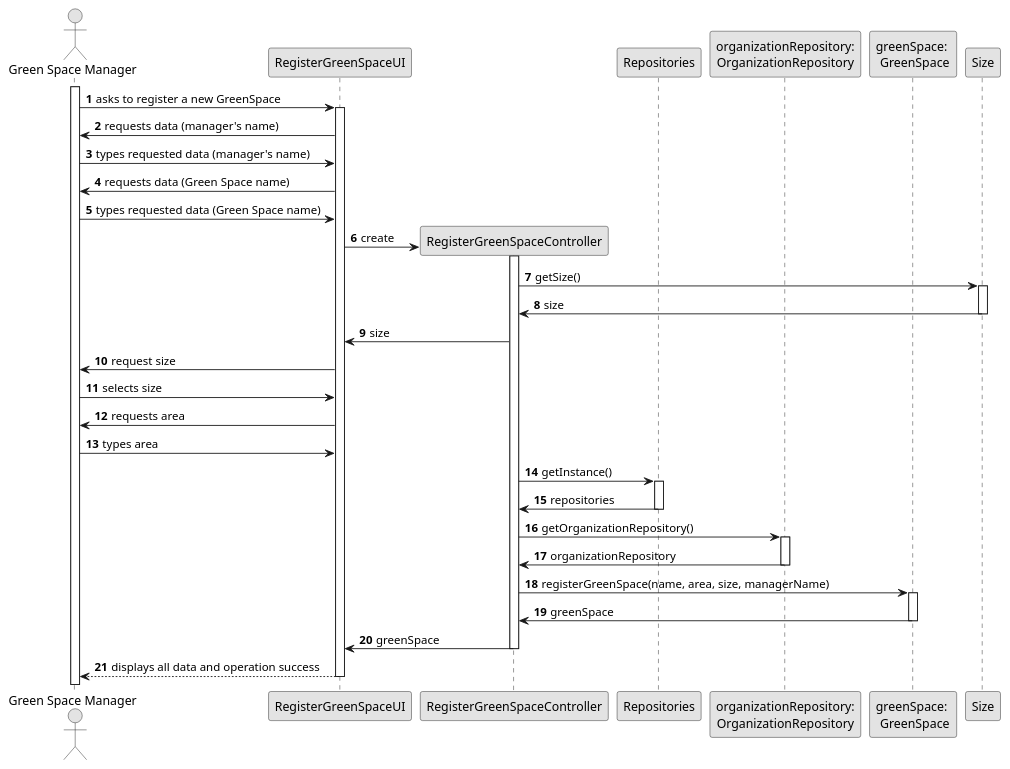
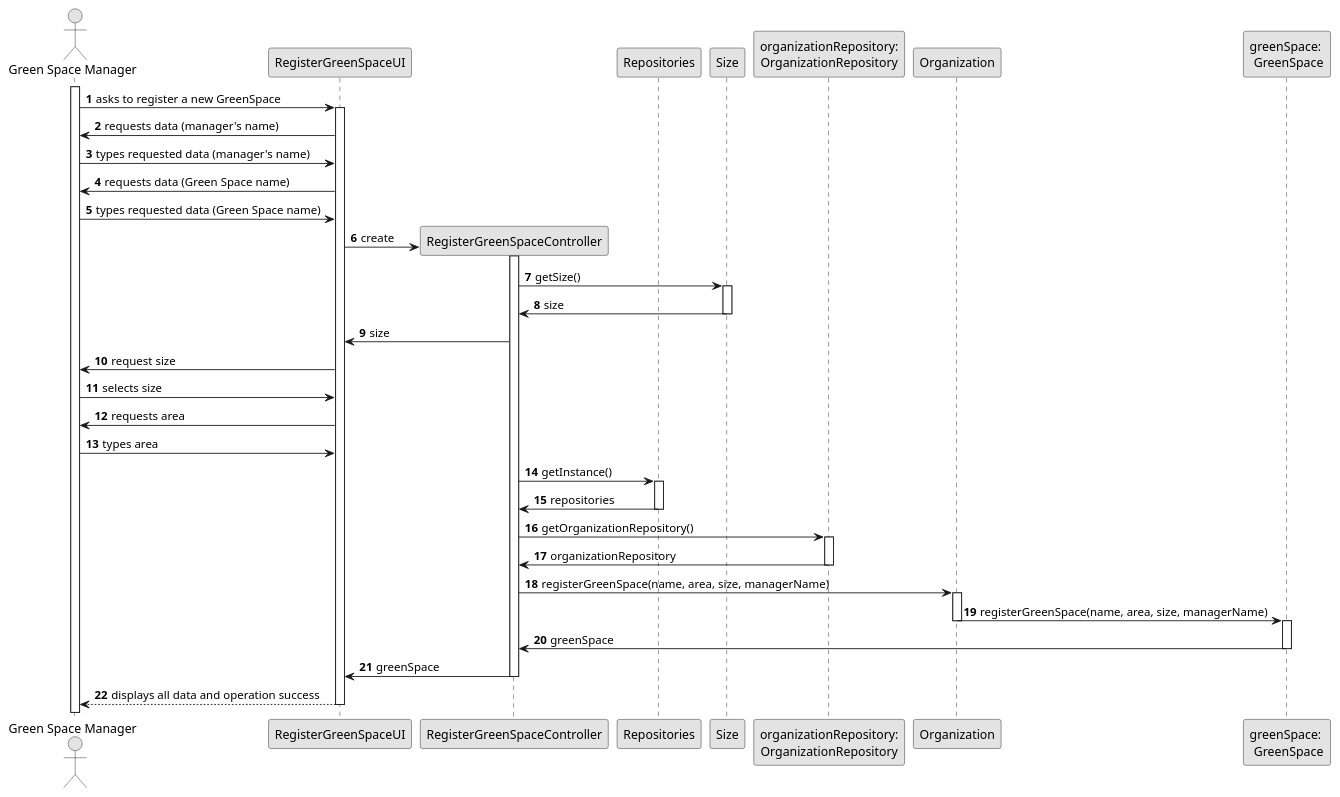
Before and after one commit to Departamento-de-Engenharia-Informatica/lei-24-s2-1df-1de-g063: the diagram in docs/SprintC/us020/03.design/puml/us020-sequence-diagram-full.puml, drawn with PlantUML. The commit also changed 40 other files, not shown here.

```diff
--- a/docs/SprintC/us020/03.design/puml/us020-sequence-diagram-full.puml
+++ b/docs/SprintC/us020/03.design/puml/us020-sequence-diagram-full.puml
@@ -1,73 +1,78 @@
 @startuml
 skinparam monochrome true
 skinparam packageStyle rectangle
 skinparam shadowing false
 
 autonumber
 
 'hide footbox
 actor "Green Space Manager" as GSM
 participant "RegisterGreenSpaceUI" as UI
 participant "RegisterGreenSpaceController" as CTRL
 participant "Repositories" as Rep
+participant "Size" as Size
 participant "organizationRepository:\nOrganizationRepository" as organizationRepository
+participant "Organization" as Organization
 participant "greenSpace: \n GreenSpace" as GreenSpace
-participant "Size" as Size
+
 
 activate GSM
 
      GSM -> UI : asks to register a new GreenSpace
 
      activate UI
 
             UI -> GSM : requests data (manager's name)
             GSM -> UI : types requested data (manager's name)
             UI -> GSM : requests data (Green Space name)
             GSM -> UI : types requested data (Green Space name)
             UI -> CTRL** : create
             activate CTRL
             CTRL -> Size : getSize()
             activate Size
             Size -> CTRL : size
             deactivate Size
             CTRL -> UI : size
 
             UI -> GSM : request size
             GSM -> UI : selects size
             UI -> GSM : requests area
             GSM -> UI : types area
 
 
             CTRL -> Rep : getInstance()
 
      activate Rep
 
             Rep -> CTRL : repositories
 
      deactivate Rep
 
             CTRL -> organizationRepository : getOrganizationRepository()
 
      activate organizationRepository
 
             organizationRepository -> CTRL : organizationRepository
 
      deactivate organizationRepository
 
-            CTRL -> GreenSpace : registerGreenSpace(name, area, size, managerName)
+            CTRL -> Organization : registerGreenSpace(name, area, size, managerName)
+            activate Organization
+            Organization -> GreenSpace : registerGreenSpace(name, area, size, managerName)
+            deactivate Organization
 
      activate GreenSpace
 
             GreenSpace -> CTRL : greenSpace
 
      deactivate GreenSpace
 
             CTRL -> UI : greenSpace
 
      deactivate CTRL
 
      UI --> GSM : displays all data and operation success
 
      deactivate UI
 
 @enduml
```
